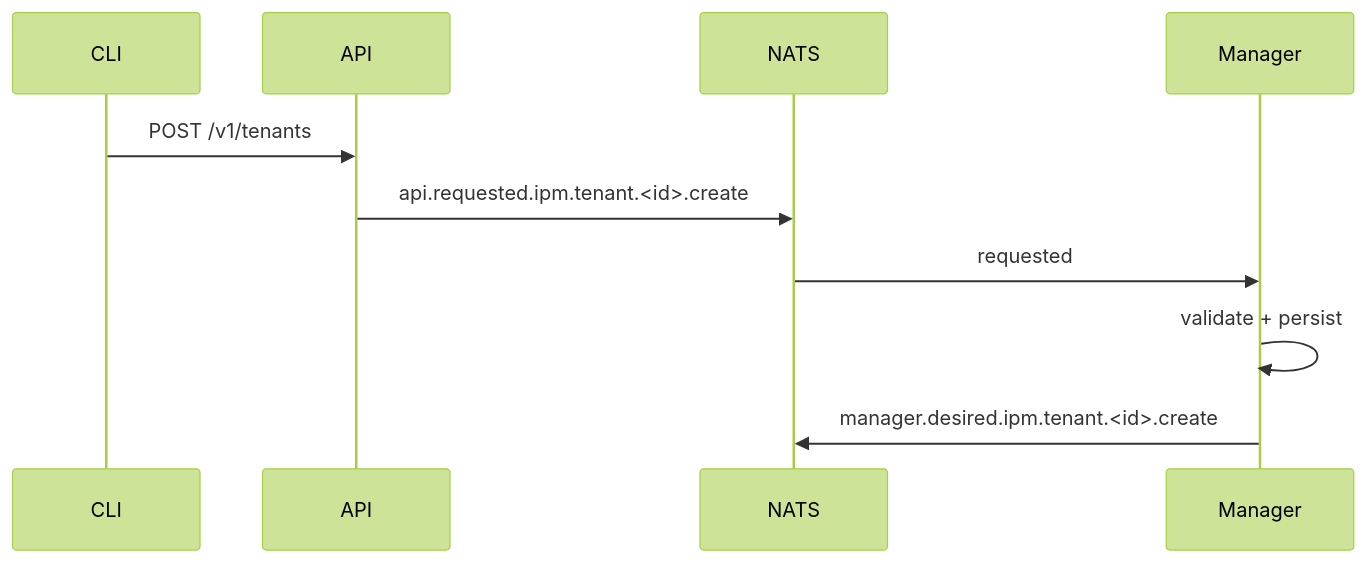
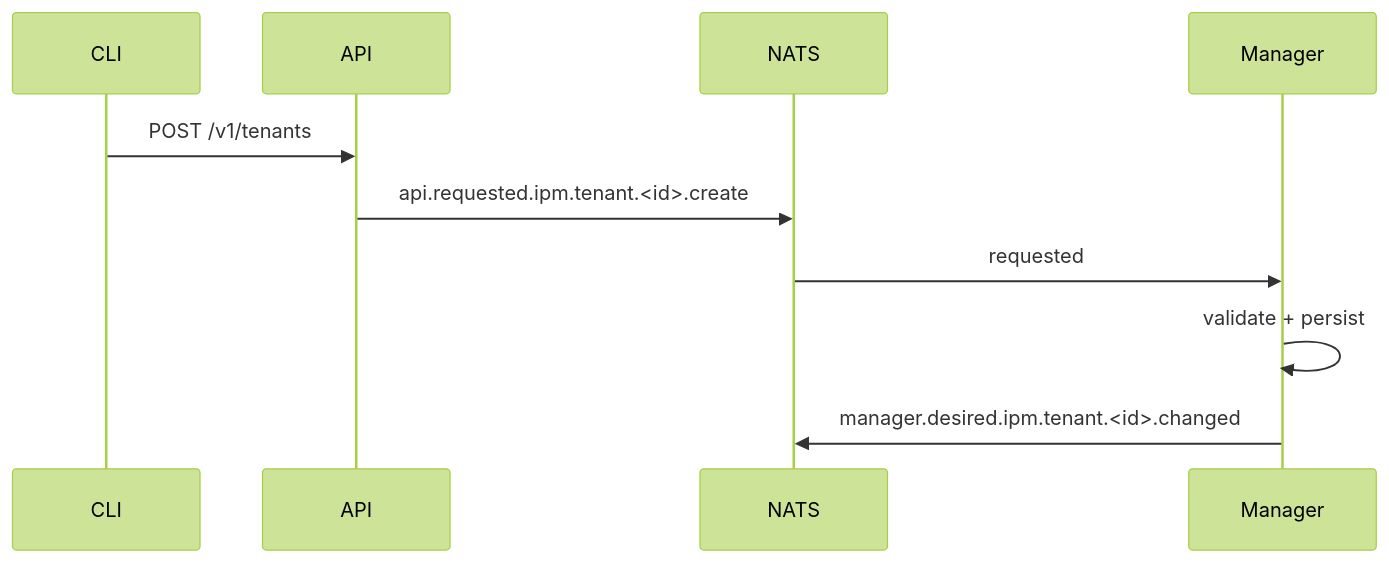
The ninth of 44 diagrams in docs/RESOURCE-CONTROL-LOOP.md (danielsabatini/smarkee), drawn with Mermaid (forest theme) before and after one commit. The commit also changed other lines of this file and 1 other file, not shown here.

Commit message:
docs(control-loop): alinhar subjects e campos ao MESSAGING e NATS

````diff
--- a/docs/RESOURCE-CONTROL-LOOP.md
+++ b/docs/RESOURCE-CONTROL-LOOP.md
@@ -558,13 +558,13 @@
 ```mermaid
 sequenceDiagram
     participant CLI
     participant API
     participant NATS
     participant Manager
 
     CLI->>API: POST /v1/tenants
     API->>NATS: api.requested.ipm.tenant.<id>.create
     NATS->>Manager: requested
     Manager->>Manager: validate + persist
-    Manager->>NATS: manager.desired.ipm.tenant.<id>.create
+    Manager->>NATS: manager.desired.ipm.tenant.<id>.changed
 ```
````
